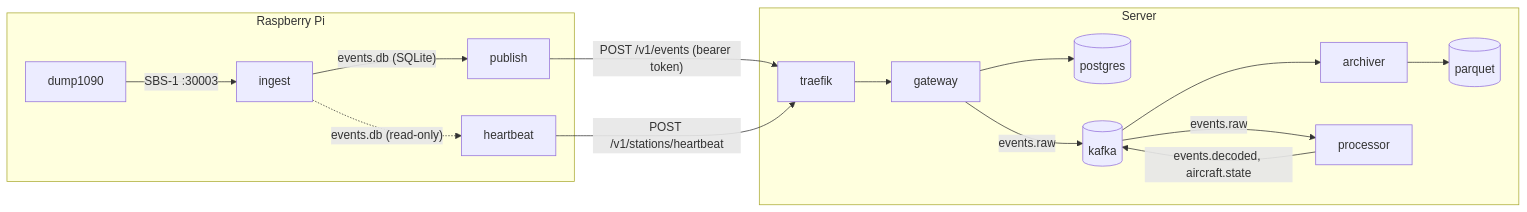
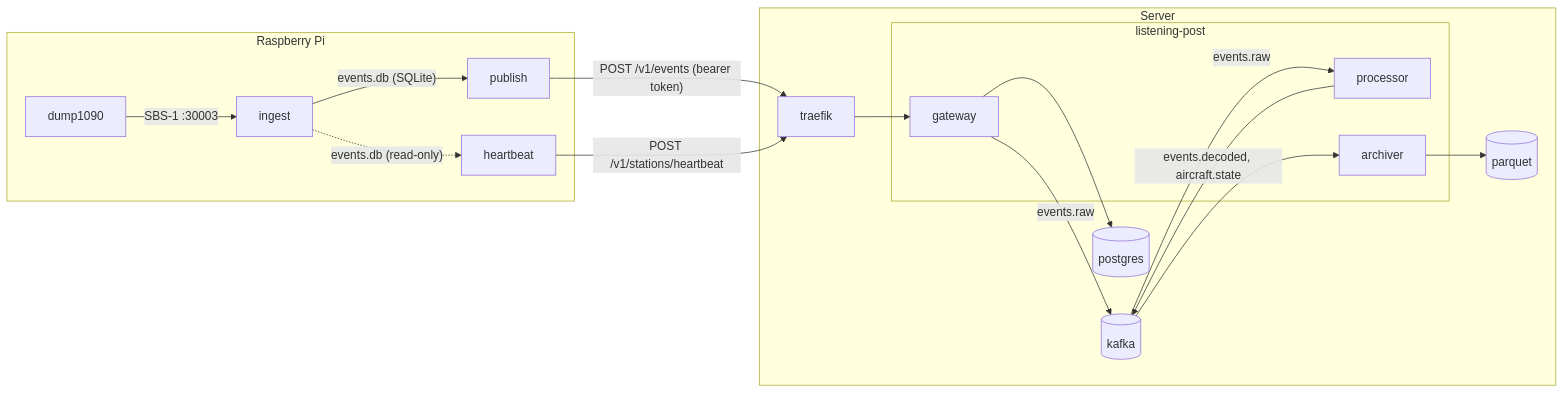
Before and after one commit to matthew-vance/listening-post: the diagram in README.md, drawn with Mermaid. The commit also changed other lines of this file and 87 other files, not shown here.

````diff
--- a/README.md
+++ b/README.md
@@ -7,17 +7,22 @@
 ```mermaid
 flowchart LR
     subgraph pi [Raspberry Pi]
         dump1090 -- "SBS-1 :30003" --> ingest
         ingest -- "events.db (SQLite)" --> publish
         ingest -. "events.db (read-only)" .-> heartbeat
     end
     subgraph server [Server]
+        subgraph binary [listening-post]
+            gateway
+            processor
+            archiver
+        end
         traefik --> gateway
         gateway --> postgres[(postgres)]
         gateway -- "events.raw" --> kafka[(kafka)]
         kafka --> archiver --> archive[(parquet)]
         kafka -- "events.raw" --> processor -- "events.decoded, aircraft.state" --> kafka
     end
     publish -- "POST /v1/events (bearer token)" --> traefik
     heartbeat -- "POST /v1/stations/heartbeat" --> traefik
 ```
````
